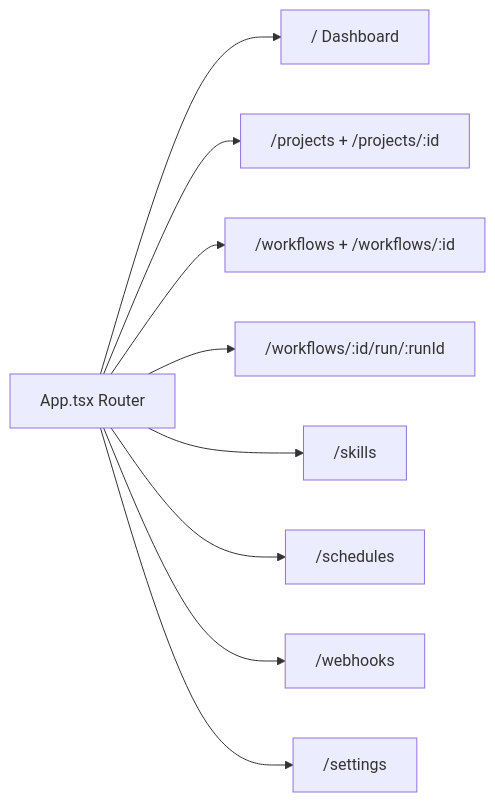
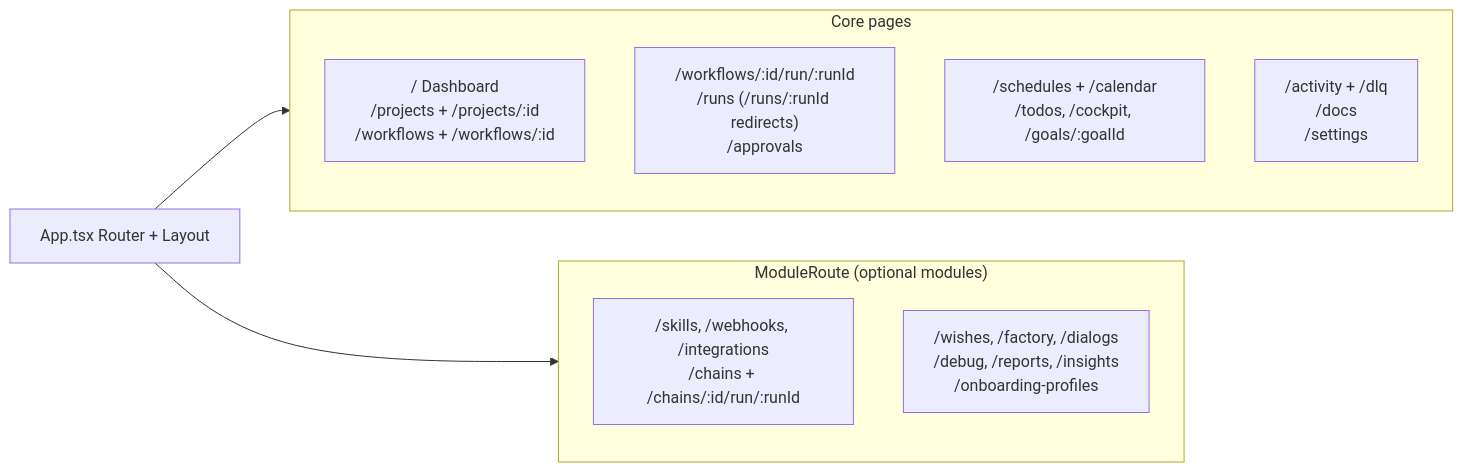
The first of 3 diagrams in docs/en/frontend-flow-diagrams.md (FLSEST/MySuricates), drawn with Mermaid before and after one commit. The commit also changed other lines of this file and 4 other files, not shown here.

First line of the commit message:
docs(diagramme): Frontend page shows all routes, stores, invalidation and WebSocket ticket

````diff
--- a/docs/en/frontend-flow-diagrams.md
+++ b/docs/en/frontend-flow-diagrams.md
@@ -11,11 +11,15 @@
 ```mermaid
 flowchart LR
-    APP["App.tsx Router"] --> DASH["/ Dashboard"]
-    APP --> PROJ["/projects + /projects/:id"]
-    APP --> WF["/workflows + /workflows/:id"]
-    APP --> RUN["/workflows/:id/run/:runId"]
-    APP --> SK["/skills"]
-    APP --> SCH["/schedules"]
-    APP --> WH["/webhooks"]
-    APP --> ST["/settings"]
+    APP["App.tsx Router + Layout"] --> CORE
+    APP --> MOD
+    subgraph CORE["Core pages"]
+        DASH["/ Dashboard<br/>/projects + /projects/:id<br/>/workflows + /workflows/:id"]
+        RUN["/workflows/:id/run/:runId<br/>/runs (/runs/:runId redirects)<br/>/approvals"]
+        SCH["/schedules + /calendar<br/>/todos, /cockpit, /goals/:goalId"]
+        ACT["/activity + /dlq<br/>/docs<br/>/settings"]
+    end
+    subgraph MOD["ModuleRoute (optional modules)"]
+        SK["/skills, /webhooks, /integrations<br/>/chains + /chains/:id/run/:runId"]
+        MORE["/wishes, /factory, /dialogs<br/>/debug, /reports, /insights<br/>/onboarding-profiles"]
+    end
 ```
````
